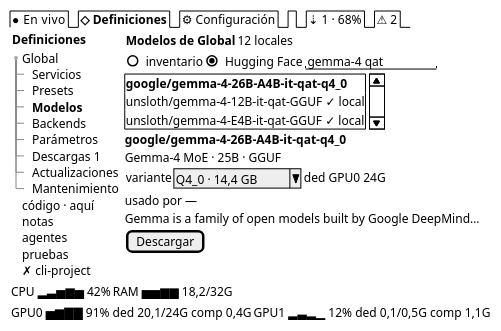
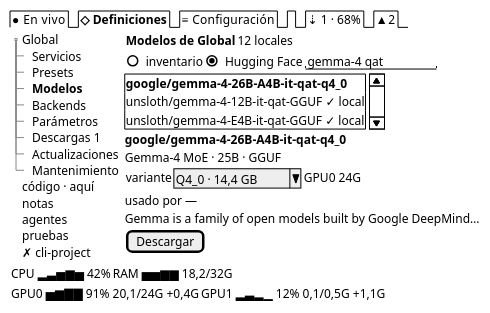
One commit to mstranich/coquena changed the diagram in docs/propuestas/tui-rediseno/C-definiciones-modelos.salt.puml. Above: the diagram before and after it, drawn with PlantUML. The commit also changed 44 other files, not shown here.

```diff
--- a/docs/propuestas/tui-rediseno/C-definiciones-modelos.salt.puml
+++ b/docs/propuestas/tui-rediseno/C-definiciones-modelos.salt.puml
@@ -1,42 +1,41 @@
 @startsalt
 {
-  {/ ● En vivo | <b>◇ Definiciones | ⚙ Configuración | . | ⇣ 1 · 68% | ⚠ 2 }
+  {/ ● En vivo | <b>◇ Definiciones | ≡ Configuración | . | ⇣ 1 · 68% | ▲ 2 }
   {
     {
-      <b>Definiciones
     {T
       + Global
       ++ Servicios
       ++ Presets
       ++ <b>Modelos
       ++ Backends
       ++ Parámetros
       ++ Descargas 1
       ++ Actualizaciones
       ++ Mantenimiento
       + código · aquí
       + notas
       + agentes
       + pruebas
       + ✗ cli-project
     }
     } | {
       { <b>Modelos de Global | 12 locales }
       { ( ) inventario | (X) Hugging Face | "gemma-4 qat     " }
       {SI
         <b>google/gemma-4-26B-A4B-it-qat-q4_0
         unsloth/gemma-4-12B-it-qat-GGUF ✓ local
         unsloth/gemma-4-E4B-it-qat-GGUF ✓ local
       }
       <b>google/gemma-4-26B-A4B-it-qat-q4_0
       Gemma-4 MoE · 25B · GGUF
-      { variante | ^Q4_0 · 14,4 GB^ | ded GPU0 24G }
+      { variante | ^Q4_0 · 14,4 GB^ | GPU0 24G }
       usado por —
       Gemma is a family of open models built by Google DeepMind…
       [Descargar]
     }
   }
   { CPU ▂▃▅▆▅ 42% | RAM ▅▅▆▆ 18,2/32G }
-  { GPU0 ▅▆▇▇ 91% ded 20,1/24G comp 0,4G | GPU1 ▂▃▂▁ 12% ded 0,1/0,5G comp 1,1G }
+  { GPU0 ▅▆▇▇ 91% 20,1/24G +0,4G | GPU1 ▂▃▂▁ 12% 0,1/0,5G +1,1G }
 }
 @endsalt
```
